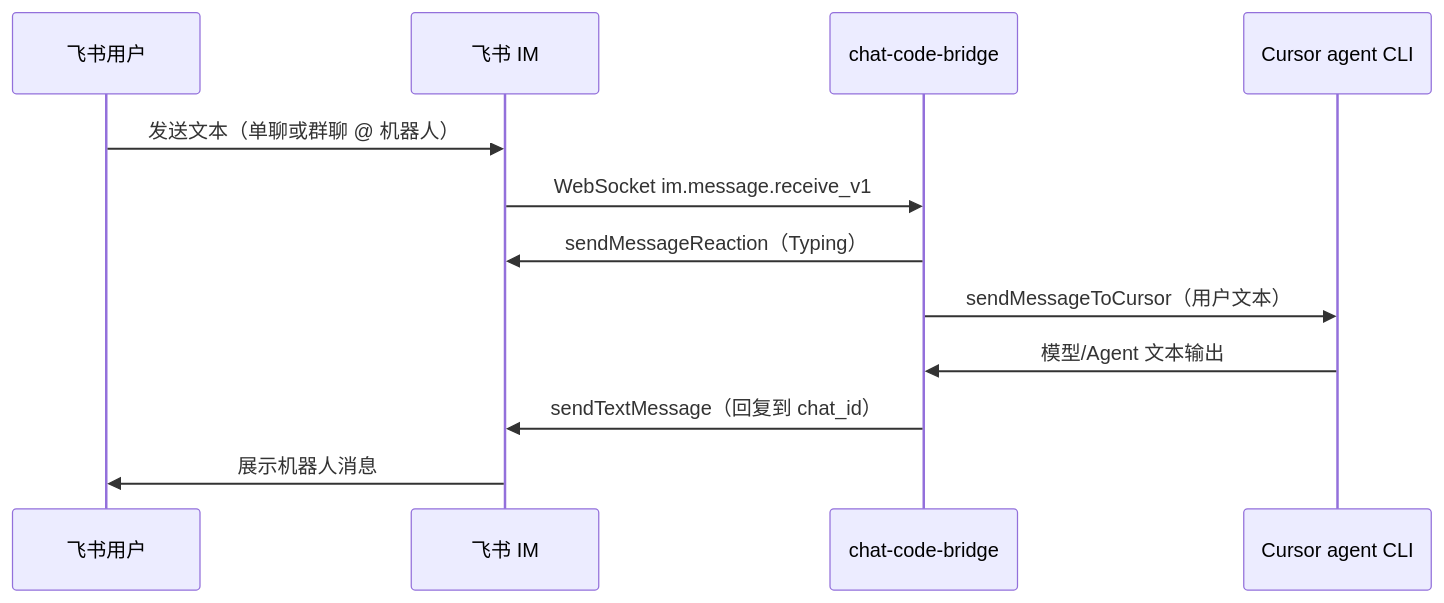
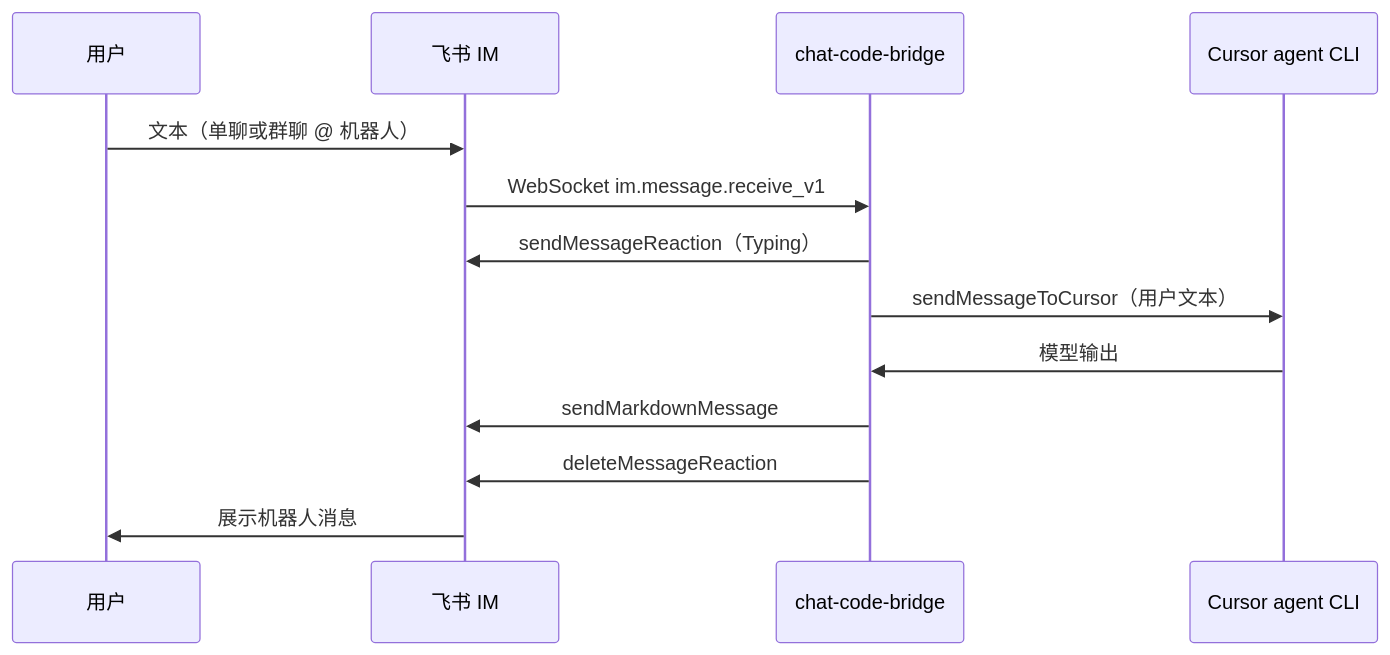
Before and after one commit to shangguanjunwei/chat2: the second of 2 diagrams in README.md, drawn with Mermaid. The commit also changed other lines of this file and 1 other file, not shown here.

````diff
--- a/README.md
+++ b/README.md
@@ -120,15 +144,16 @@
 ```mermaid
 sequenceDiagram
-  participant U as 飞书用户
+  participant U as 用户
   participant Lark as 飞书 IM
   participant App as chat-code-bridge
   participant Agent as Cursor agent CLI
 
-  U->>Lark: 发送文本（单聊或群聊 @ 机器人）
+  U->>Lark: 文本（单聊或群聊 @ 机器人）
   Lark->>App: WebSocket im.message.receive_v1
   App->>Lark: sendMessageReaction（Typing）
   App->>Agent: sendMessageToCursor（用户文本）
-  Agent->>App: 模型/Agent 文本输出
-  App->>Lark: sendTextMessage（回复到 chat_id）
+  Agent->>App: 模型输出
+  App->>Lark: sendMarkdownMessage
+  App->>Lark: deleteMessageReaction
   Lark->>U: 展示机器人消息
 ```
````
